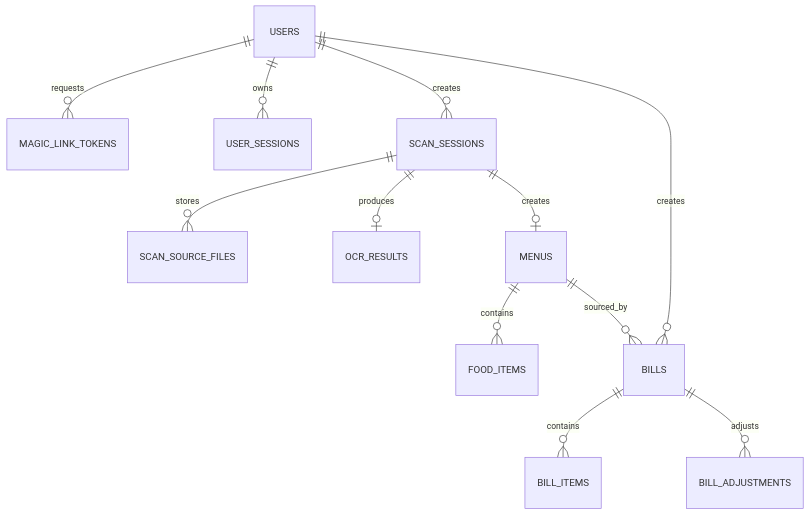
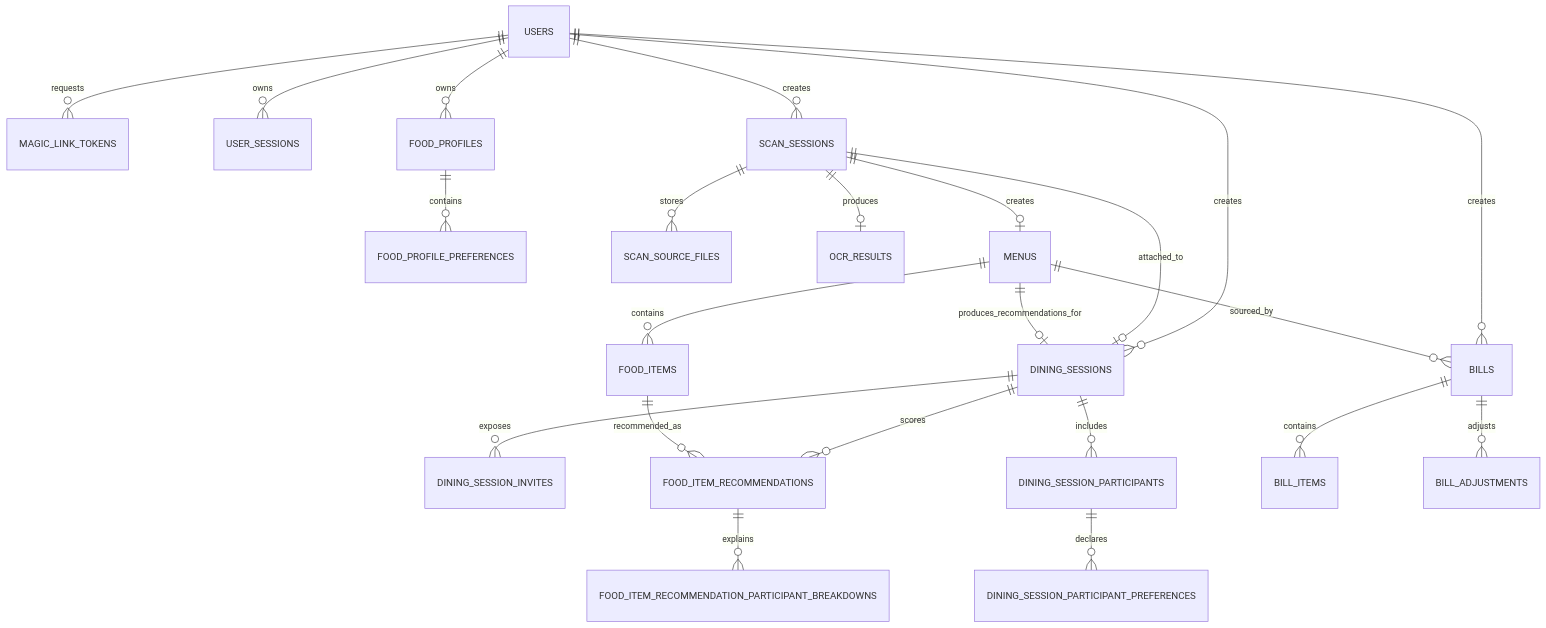
One commit to DACNPMTT/MenuScan changed the diagram in doc/content/specification/database.md. Above: the diagram before and after it, drawn with Mermaid. The commit also changed other lines of this file and 8 other files, not shown here.

Commit message:
feat(db): add dining recommendation schema

````diff
--- a/doc/content/specification/database.md
+++ b/doc/content/specification/database.md
@@ -22,14 +24,25 @@
 ```mermaid
 erDiagram
     USERS ||--o{ MAGIC_LINK_TOKENS : requests
     USERS ||--o{ USER_SESSIONS : owns
     USERS ||--o{ SCAN_SESSIONS : creates
+    USERS ||--o{ FOOD_PROFILES : owns
+    FOOD_PROFILES ||--o{ FOOD_PROFILE_PREFERENCES : contains
     SCAN_SESSIONS ||--o{ SCAN_SOURCE_FILES : stores
     SCAN_SESSIONS ||--o| OCR_RESULTS : produces
     SCAN_SESSIONS ||--o| MENUS : creates
     MENUS ||--o{ FOOD_ITEMS : contains
+    USERS ||--o{ DINING_SESSIONS : creates
+    SCAN_SESSIONS ||--o| DINING_SESSIONS : attached_to
+    MENUS ||--o| DINING_SESSIONS : produces_recommendations_for
+    DINING_SESSIONS ||--o{ DINING_SESSION_INVITES : exposes
+    DINING_SESSIONS ||--o{ DINING_SESSION_PARTICIPANTS : includes
+    DINING_SESSION_PARTICIPANTS ||--o{ DINING_SESSION_PARTICIPANT_PREFERENCES : declares
+    DINING_SESSIONS ||--o{ FOOD_ITEM_RECOMMENDATIONS : scores
+    FOOD_ITEMS ||--o{ FOOD_ITEM_RECOMMENDATIONS : recommended_as
+    FOOD_ITEM_RECOMMENDATIONS ||--o{ FOOD_ITEM_RECOMMENDATION_PARTICIPANT_BREAKDOWNS : explains
     USERS ||--o{ BILLS : creates
     MENUS ||--o{ BILLS : sourced_by
     BILLS ||--o{ BILL_ITEMS : contains
     BILLS ||--o{ BILL_ADJUSTMENTS : adjusts
 ```
````
